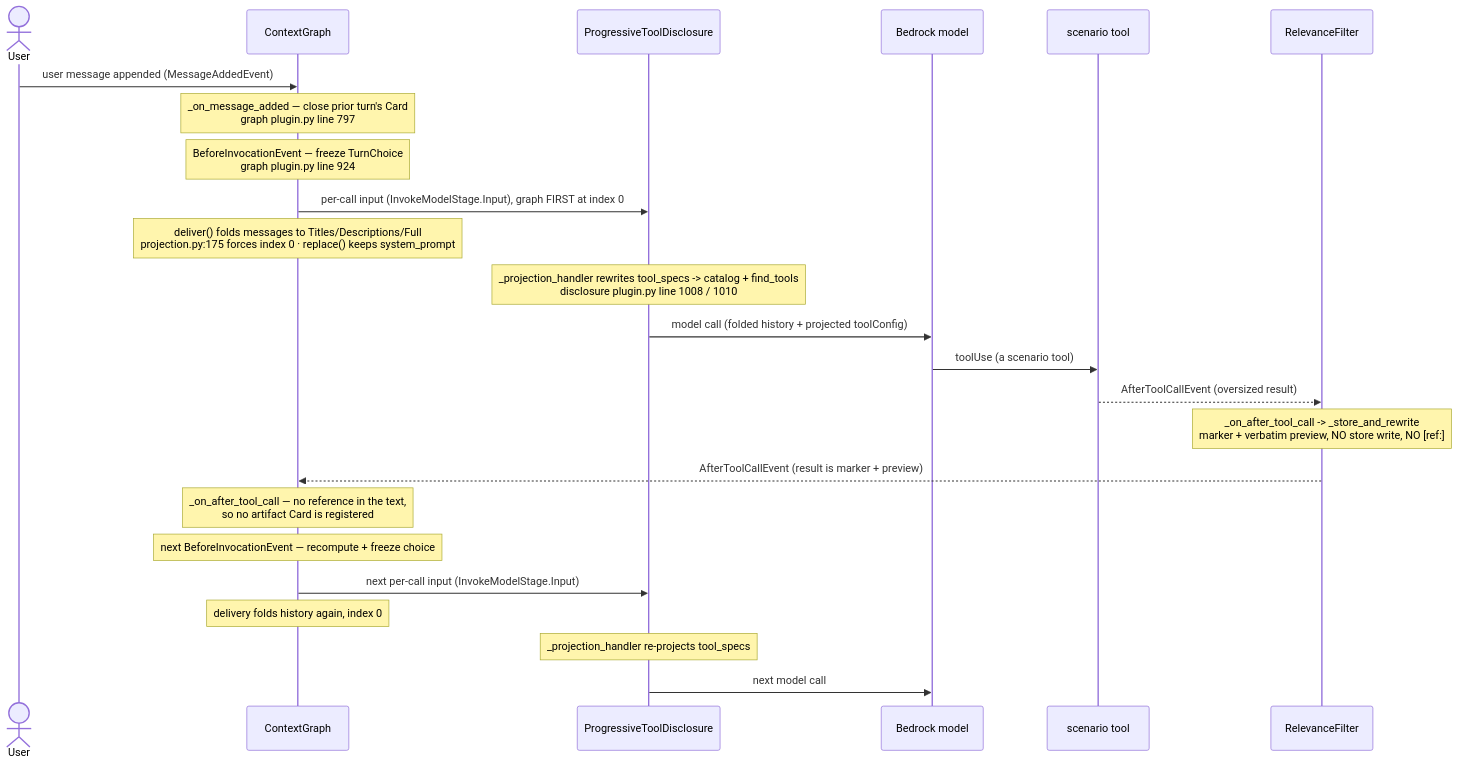
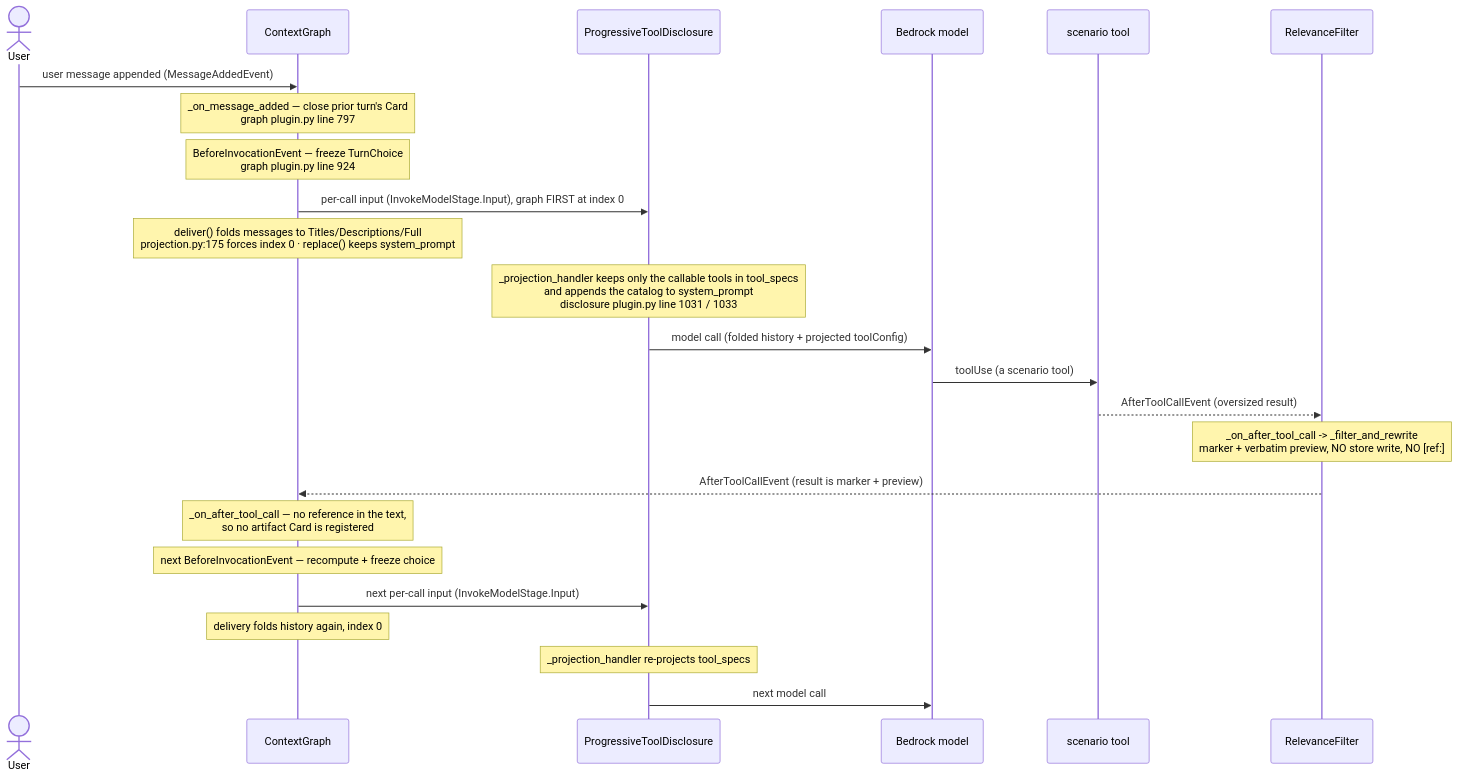
Before and after one commit to aws-samples/sample-context-engineering: the diagram in docs/design/sequence/sequence-combined-stack.md, drawn with Mermaid. The commit also changed other lines of this file and 5 other files, not shown here.

First line of the commit message:
docs(disclosure): describe the system-prompt catalog and get_tool_details

````diff
--- a/docs/design/sequence/sequence-combined-stack.md
+++ b/docs/design/sequence/sequence-combined-stack.md
@@ -234,30 +238,30 @@
 ```mermaid
 sequenceDiagram
     actor User
     participant Graph as ContextGraph
     participant Disc as ProgressiveToolDisclosure
     participant Model as Bedrock model
     participant Tool as scenario tool
     participant Rel as RelevanceFilter
 
     User->>Graph: user message appended (MessageAddedEvent)
     Note over Graph: _on_message_added — close prior turn's Card<br/>graph plugin.py line 797
 
     Note over Graph: BeforeInvocationEvent — freeze TurnChoice<br/>graph plugin.py line 924
     Graph->>Disc: per-call input (InvokeModelStage.Input), graph FIRST at index 0
     Note over Graph: deliver() folds messages to Titles/Descriptions/Full<br/>projection.py:175 forces index 0 · replace() keeps system_prompt
-    Note over Disc: _projection_handler rewrites tool_specs -> catalog + find_tools<br/>disclosure plugin.py line 1008 / 1010
+    Note over Disc: _projection_handler keeps only the callable tools in tool_specs<br/>and appends the catalog to system_prompt<br/>disclosure plugin.py line 1031 / 1033
     Disc->>Model: model call (folded history + projected toolConfig)
 
     Model->>Tool: toolUse (a scenario tool)
     Tool-->>Rel: AfterToolCallEvent (oversized result)
-    Note over Rel: _on_after_tool_call -> _store_and_rewrite<br/>marker + verbatim preview, NO store write, NO [ref:]
+    Note over Rel: _on_after_tool_call -> _filter_and_rewrite<br/>marker + verbatim preview, NO store write, NO [ref:]
     Rel-->>Graph: AfterToolCallEvent (result is marker + preview)
     Note over Graph: _on_after_tool_call — no reference in the text,<br/>so no artifact Card is registered
 
     Note over Graph: next BeforeInvocationEvent — recompute + freeze choice
     Graph->>Disc: next per-call input (InvokeModelStage.Input)
     Note over Graph: delivery folds history again, index 0
     Note over Disc: _projection_handler re-projects tool_specs
     Disc->>Model: next model call
 ```
````
